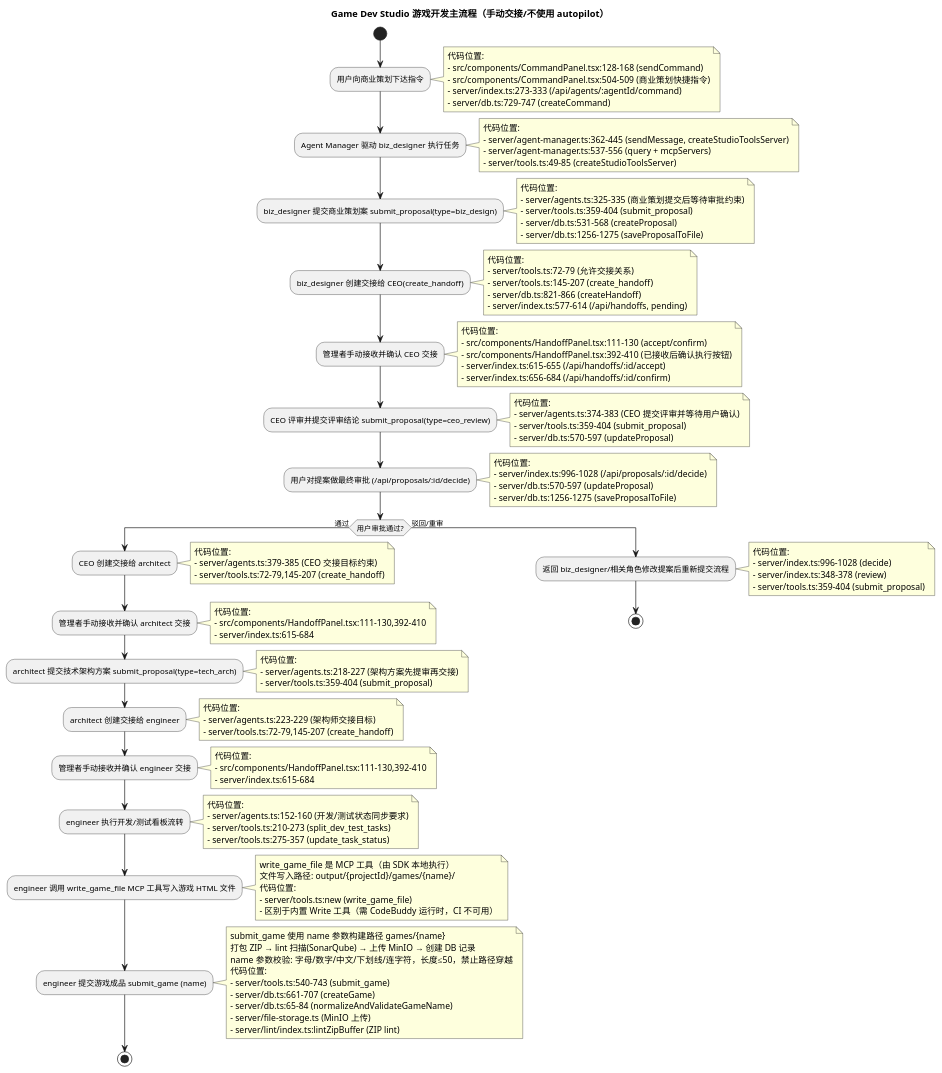
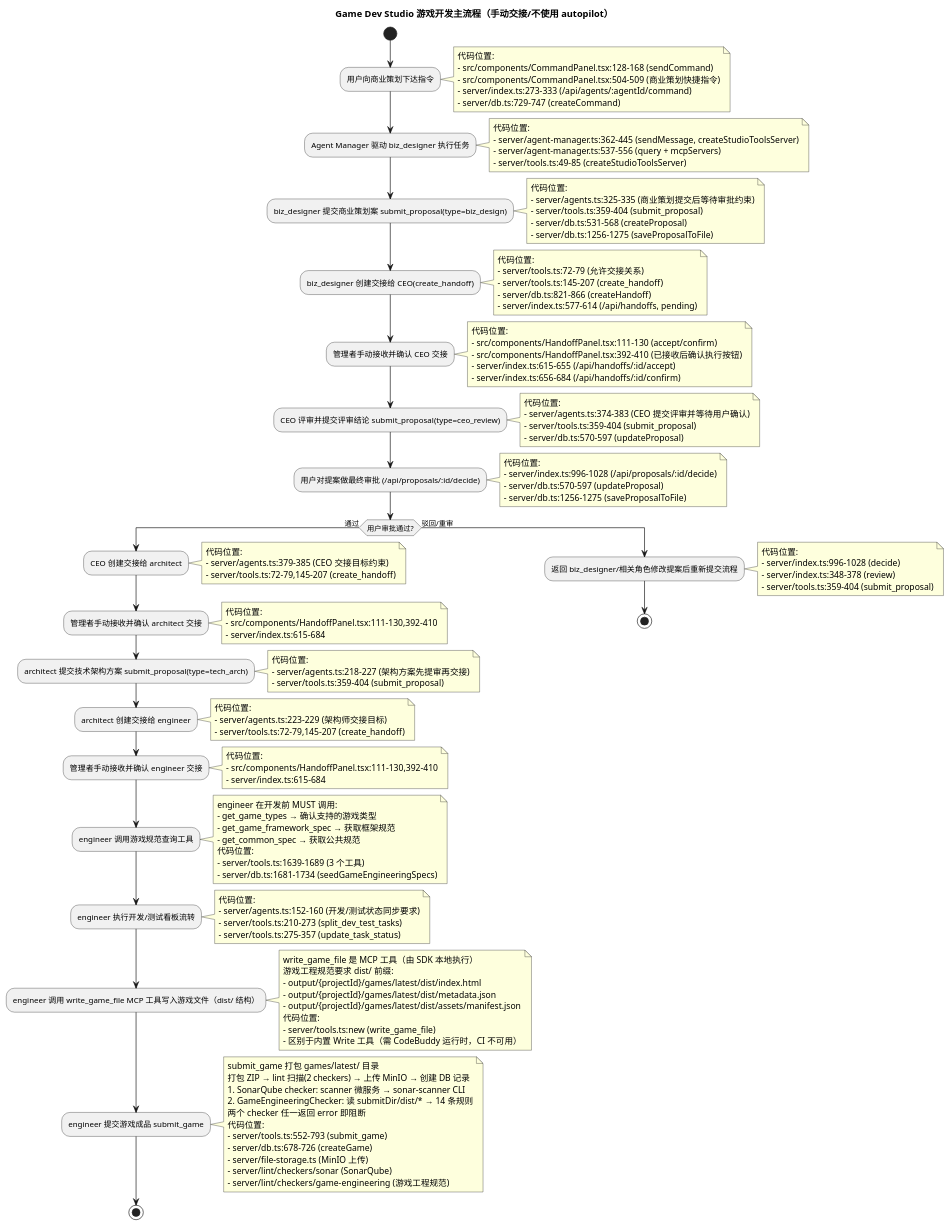
Before and after one commit to luoxiaojun1992/game-studio: the diagram in .agent/diagrams/game-dev-main-flow-manual-handoff.puml, drawn with PlantUML. The commit also changed 4 other files, not shown here.

First line of the commit message:
docs(game-framework-spec): update docs to align with implementation

```diff
--- a/.agent/diagrams/game-dev-main-flow-manual-handoff.puml
+++ b/.agent/diagrams/game-dev-main-flow-manual-handoff.puml
@@ -1,144 +1,160 @@
 @startuml
 title Game Dev Studio 游戏开发主流程（手动交接/不使用 autopilot）
 
 start
 
 :用户向商业策划下达指令;
 note right
   代码位置:
   - src/components/CommandPanel.tsx:128-168 (sendCommand)
   - src/components/CommandPanel.tsx:504-509 (商业策划快捷指令)
   - server/index.ts:273-333 (/api/agents/:agentId/command)
   - server/db.ts:729-747 (createCommand)
 end note
 
 :Agent Manager 驱动 biz_designer 执行任务;
 note right
   代码位置:
   - server/agent-manager.ts:362-445 (sendMessage, createStudioToolsServer)
   - server/agent-manager.ts:537-556 (query + mcpServers)
   - server/tools.ts:49-85 (createStudioToolsServer)
 end note
 
 :biz_designer 提交商业策划案 submit_proposal(type=biz_design);
 note right
   代码位置:
   - server/agents.ts:325-335 (商业策划提交后等待审批约束)
   - server/tools.ts:359-404 (submit_proposal)
   - server/db.ts:531-568 (createProposal)
   - server/db.ts:1256-1275 (saveProposalToFile)
 end note
 
 :biz_designer 创建交接给 CEO(create_handoff);
 note right
   代码位置:
   - server/tools.ts:72-79 (允许交接关系)
   - server/tools.ts:145-207 (create_handoff)
   - server/db.ts:821-866 (createHandoff)
   - server/index.ts:577-614 (/api/handoffs, pending)
 end note
 
 :管理者手动接收并确认 CEO 交接;
 note right
   代码位置:
   - src/components/HandoffPanel.tsx:111-130 (accept/confirm)
   - src/components/HandoffPanel.tsx:392-410 (已接收后确认执行按钮)
   - server/index.ts:615-655 (/api/handoffs/:id/accept)
   - server/index.ts:656-684 (/api/handoffs/:id/confirm)
 end note
 
 :CEO 评审并提交评审结论 submit_proposal(type=ceo_review);
 note right
   代码位置:
   - server/agents.ts:374-383 (CEO 提交评审并等待用户确认)
   - server/tools.ts:359-404 (submit_proposal)
   - server/db.ts:570-597 (updateProposal)
 end note
 
 :用户对提案做最终审批 (/api/proposals/:id/decide);
 note right
   代码位置:
   - server/index.ts:996-1028 (/api/proposals/:id/decide)
   - server/db.ts:570-597 (updateProposal)
   - server/db.ts:1256-1275 (saveProposalToFile)
 end note
 
 if (用户审批通过?) then (通过)
   :CEO 创建交接给 architect;
   note right
     代码位置:
     - server/agents.ts:379-385 (CEO 交接目标约束)
     - server/tools.ts:72-79,145-207 (create_handoff)
   end note
 
   :管理者手动接收并确认 architect 交接;
   note right
     代码位置:
     - src/components/HandoffPanel.tsx:111-130,392-410
     - server/index.ts:615-684
   end note
 
   :architect 提交技术架构方案 submit_proposal(type=tech_arch);
   note right
     代码位置:
     - server/agents.ts:218-227 (架构方案先提审再交接)
     - server/tools.ts:359-404 (submit_proposal)
   end note
 
   :architect 创建交接给 engineer;
   note right
     代码位置:
     - server/agents.ts:223-229 (架构师交接目标)
     - server/tools.ts:72-79,145-207 (create_handoff)
   end note
 
   :管理者手动接收并确认 engineer 交接;
   note right
     代码位置:
     - src/components/HandoffPanel.tsx:111-130,392-410
     - server/index.ts:615-684
   end note
 
+  :engineer 调用游戏规范查询工具;
+  note right
+    engineer 在开发前 MUST 调用:
+    - get_game_types → 确认支持的游戏类型
+    - get_game_framework_spec → 获取框架规范
+    - get_common_spec → 获取公共规范
+    代码位置:
+    - server/tools.ts:1639-1689 (3 个工具)
+    - server/db.ts:1681-1734 (seedGameEngineeringSpecs)
+  end note
+
   :engineer 执行开发/测试看板流转;
   note right
     代码位置:
     - server/agents.ts:152-160 (开发/测试状态同步要求)
     - server/tools.ts:210-273 (split_dev_test_tasks)
     - server/tools.ts:275-357 (update_task_status)
   end note
 
-  :engineer 调用 write_game_file MCP 工具写入游戏 HTML 文件;
+  :engineer 调用 write_game_file MCP 工具写入游戏文件（dist/ 结构）;
   note right
     write_game_file 是 MCP 工具（由 SDK 本地执行）
-    文件写入路径: output/{projectId}/games/{name}/
+    游戏工程规范要求 dist/ 前缀:
+    - output/{projectId}/games/latest/dist/index.html
+    - output/{projectId}/games/latest/dist/metadata.json
+    - output/{projectId}/games/latest/dist/assets/manifest.json
     代码位置:
     - server/tools.ts:new (write_game_file)
     - 区别于内置 Write 工具（需 CodeBuddy 运行时，CI 不可用）
   end note
 
-  :engineer 提交游戏成品 submit_game (name);
+  :engineer 提交游戏成品 submit_game;
   note right
-    submit_game 使用 name 参数构建路径 games/{name}
-    打包 ZIP → lint 扫描(SonarQube) → 上传 MinIO → 创建 DB 记录
-    name 参数校验: 字母/数字/中文/下划线/连字符，长度≤50，禁止路径穿越
+    submit_game 打包 games/latest/ 目录
+    打包 ZIP → lint 扫描(2 checkers) → 上传 MinIO → 创建 DB 记录
+    1. SonarQube checker: scanner 微服务 → sonar-scanner CLI
+    2. GameEngineeringChecker: 读 submitDir/dist/* → 14 条规则
+    两个 checker 任一返回 error 即阻断
     代码位置:
-    - server/tools.ts:540-743 (submit_game)
-    - server/db.ts:661-707 (createGame)
-    - server/db.ts:65-84 (normalizeAndValidateGameName)
+    - server/tools.ts:552-793 (submit_game)
+    - server/db.ts:678-726 (createGame)
     - server/file-storage.ts (MinIO 上传)
-    - server/lint/index.ts:lintZipBuffer (ZIP lint)
+    - server/lint/checkers/sonar (SonarQube)
+    - server/lint/checkers/game-engineering (游戏工程规范)
   end note
 
   stop
 else (驳回/重审)
   :返回 biz_designer/相关角色修改提案后重新提交流程;
   note right
     代码位置:
     - server/index.ts:996-1028 (decide)
     - server/index.ts:348-378 (review)
     - server/tools.ts:359-404 (submit_proposal)
   end note
   stop
 endif
 
 @enduml
```
